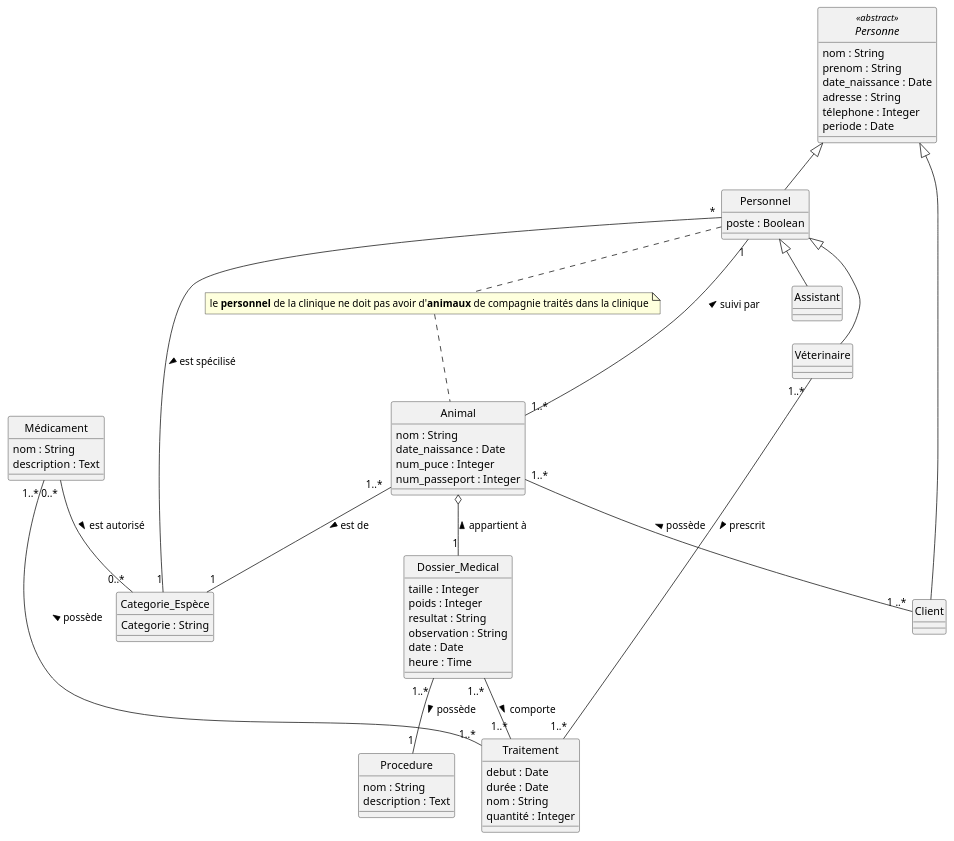
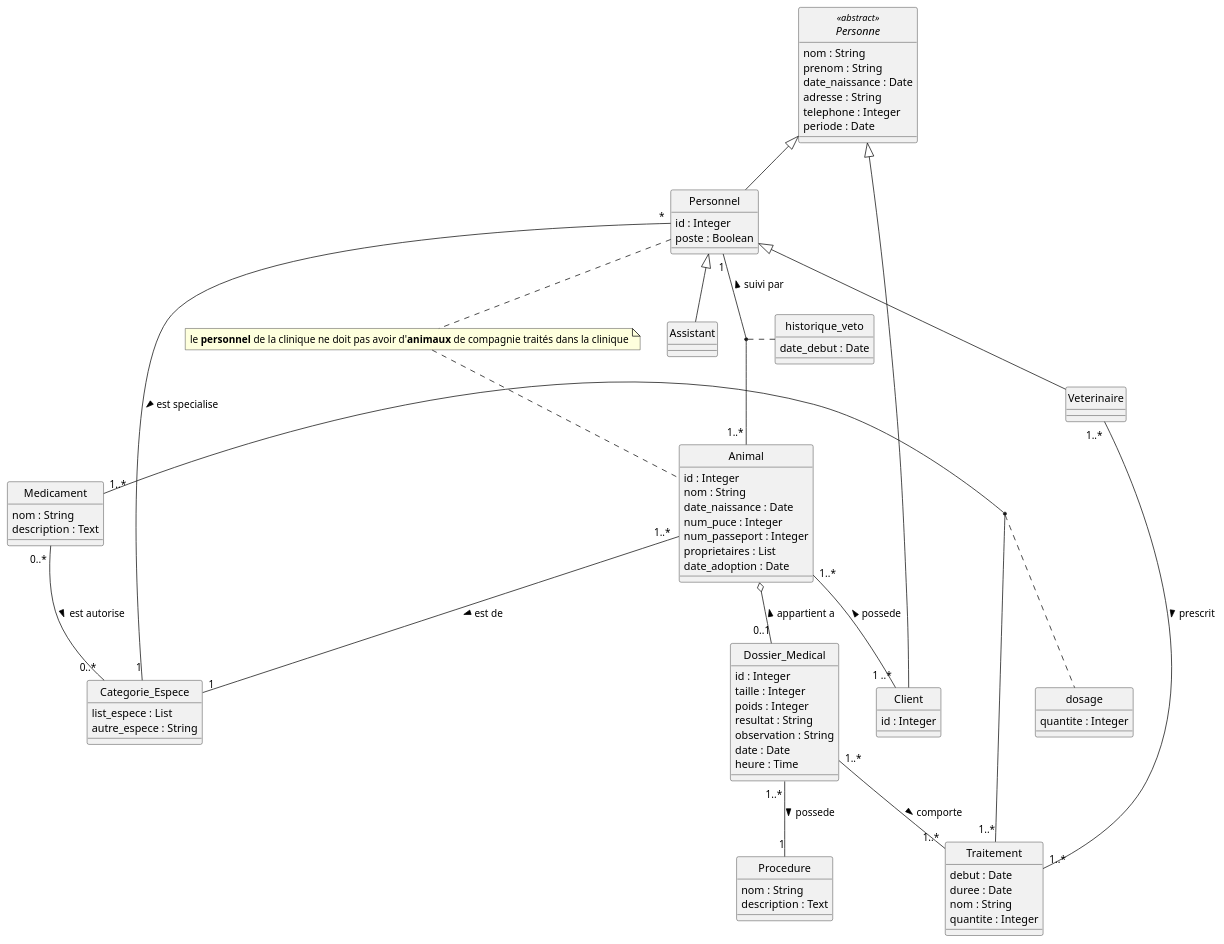
The diagram in veto.plantuml (eddymonji/Clinique_Veterinaire), drawn with PlantUML before and after one commit.

```diff
--- a/veto.plantuml
+++ b/veto.plantuml
@@ -1,87 +1,106 @@
-@startuml Clinique Véterinaire
+@startuml Clinique Veterinaire
 skinparam Style strictuml
 skinparam SequenceMessageAlignment center
 
 abstract class Personne <<abstract>> {
     nom : String 
     prenom : String
     date_naissance : Date
     adresse : String
-    télephone : Integer
+    telephone : Integer
     periode : Date 
 }
 
 class Personnel {
+    id : Integer
     poste : Boolean 
 }
 
-class Véterinaire
+class Veterinaire
 
 class Assistant
 
-class Client 
+class Client {
+    id : Integer
+}
 
 class Animal {
-   
+    id : Integer
     nom : String
     date_naissance : Date 
     num_puce : Integer
     num_passeport : Integer
+    proprietaires : List
+    date_adoption : Date
 }
 
-class Categorie_Espèce{
-    Categorie : String
+class Categorie_Espece{
+    list_espece : List
+    autre_espece : String
 }
 
-class Médicament {
+class Medicament {
     nom : String
     description : Text
 }
 
 class Traitement {
     debut : Date
-    durée : Date 
+    duree : Date 
     nom : String
-    quantité : Integer
+    quantite : Integer
 
 }
 
 class Dossier_Medical {
+    id : Integer 
     taille : Integer
     poids : Integer
     resultat : String
     observation : String
     date : Date 
     heure : Time 
 }
 
 class Procedure{
     nom : String
     description : Text 
 }
 
+class dosage {
+    quantite : Integer
+}
+
+class historique_veto {
+    date_debut : Date
+}
+
+
+Medicament "1..*" - "1..*" Traitement
+(Medicament, Traitement) .. dosage
+
 Personne <|-- Personnel
 Personne <|-- Client
 
 Personnel <|-- Assistant
-Personnel <|-- Véterinaire
-Personnel "*" -- "1" Categorie_Espèce : est spécilisé >
+Personnel <|-- Veterinaire
+Personnel "*" -- "1" Categorie_Espece : est specialise >
 Personnel "1" -- "1..* " Animal : < suivi par
+(Animal, Personnel) .. historique_veto
 
-Animal "1..* " -- "1" Categorie_Espèce : est de >
-Animal "1..* " -- "1 ..*" Client : < possède
-Animal o-- "1" Dossier_Medical : < appartient à 
+Animal "1..* " -- "1" Categorie_Espece : est de >
+Animal "1..* " -- "1 ..*" Client : < possede
+Animal o-- "0..1" Dossier_Medical : < appartient a 
 
 Dossier_Medical "1..* " -- "1..*" Traitement : comporte >
-Dossier_Medical "1..* " -- "1" Procedure : possède >
+Dossier_Medical "1..* " -- "1" Procedure : possede >
 
-Véterinaire "1..* " -- "1..*" Traitement : prescrit >
+Veterinaire "1..* " -- "1..*" Traitement : prescrit >
 
-Médicament "1..* " -- "1..*" Traitement : < possède
-Médicament "0..* " -- "0..*" Categorie_Espèce : est autorisé > 
+Medicament "0..* " -- "0..*" Categorie_Espece : est autorise > 
 
 note "le <b>personnel</b> de la clinique ne doit pas avoir d'<b>animaux</b> de compagnie traités dans la clinique" as N1
 Personnel .. N1
 N1 .. Animal
 
 @enduml
```
